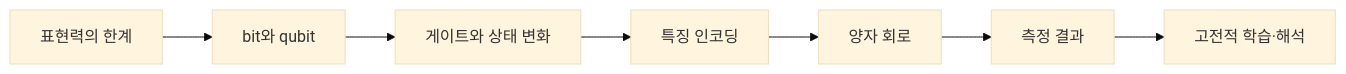
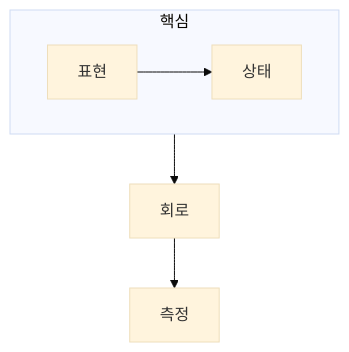
Before and after one commit to umyunsang/edu: the diagram in ComputerScience/03_ai-ml-data/quantum-ml/notes/양자 ML 과정.md, drawn with Mermaid (base theme). The commit also changed other lines of this file and 11 other files, not shown here.

````diff
--- a/ComputerScience/03_ai-ml-data/quantum-ml/notes/양자 ML 과정.md
+++ b/ComputerScience/03_ai-ml-data/quantum-ml/notes/양자 ML 과정.md
@@ -53,9 +21,9 @@
 ```mermaid
-flowchart LR
-    A["표현력의 한계"] --> B["bit와 qubit"]
-    B --> C["게이트와 상태 변화"]
-    C --> D["특징 인코딩"]
-    D --> E["양자 회로"]
-    E --> F["측정 결과"]
-    F --> G["고전적 학습·해석"]
+flowchart TB
+    subgraph Core[핵심]
+        direction LR
+        A[표현] --> B[상태]
+    end
+    B --> C[회로]
+    C --> D[측정]
 ```
````
